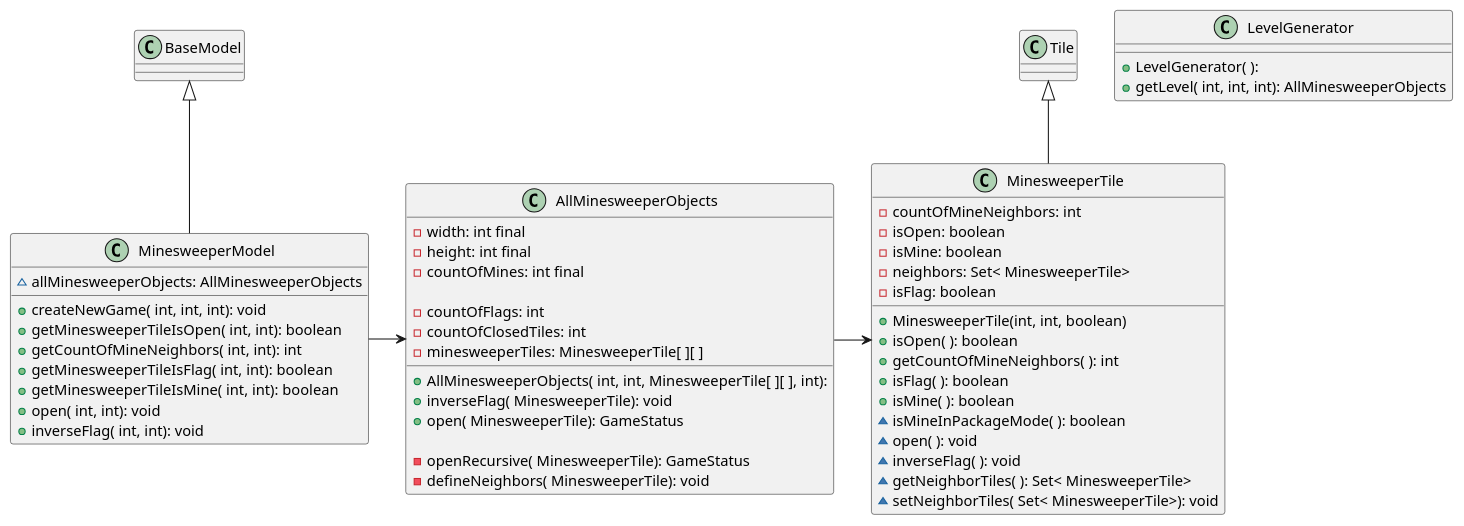
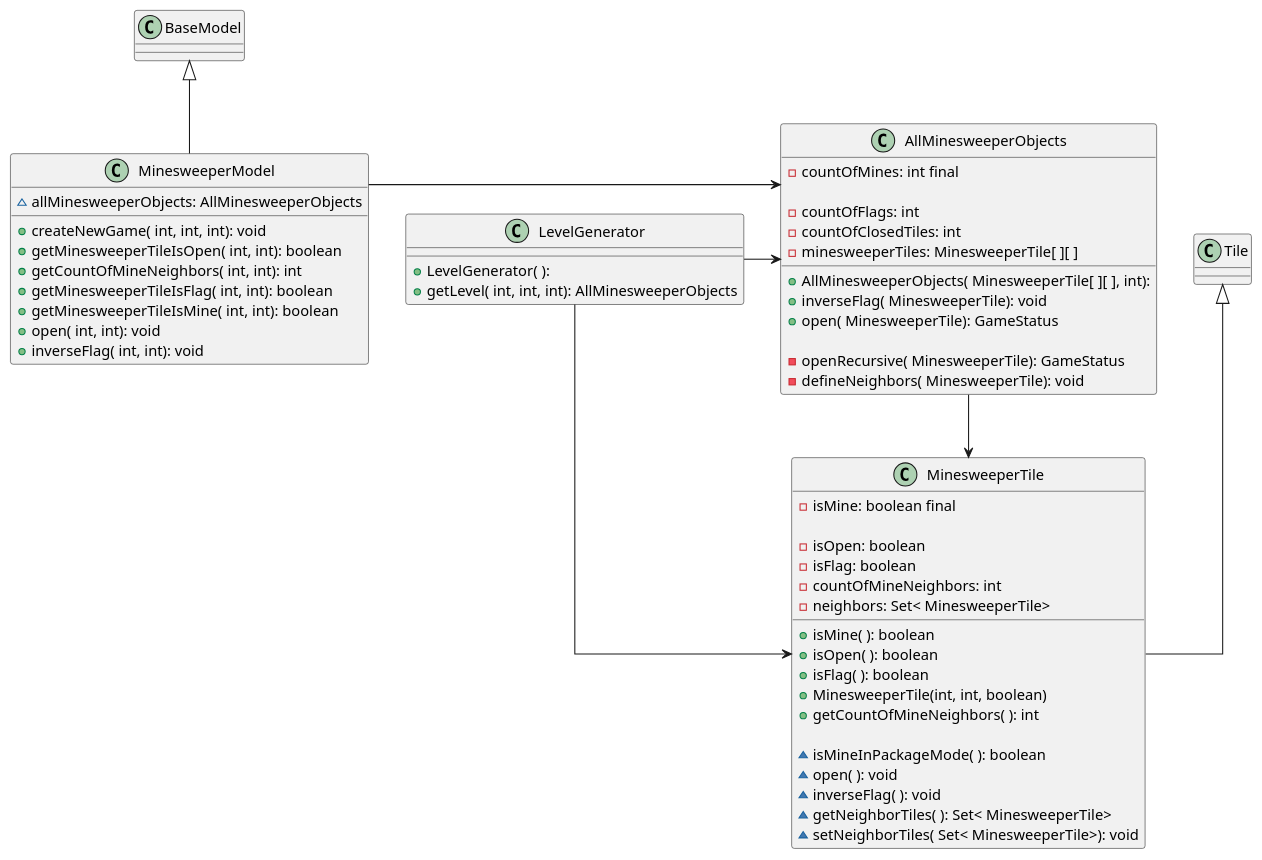
One commit to timmaxx/MultiVariantTileGames changed the diagram in MinesweeperModel/MinesweeperModel.puml. Above: the diagram before and after it, drawn with PlantUML. The commit also changed 1 other file, not shown here.

Commit message:
refactor timmax.minesweeper.model and *

```diff
--- a/MinesweeperModel/MinesweeperModel.puml
+++ b/MinesweeperModel/MinesweeperModel.puml
@@ -1,65 +1,66 @@
 @startuml
 'https://plantuml.com/class-diagram
 
 '!theme plain
 top to bottom direction
 skinparam linetype ortho
 
 class MinesweeperTile extends Tile {
+  - isMine: boolean final
+
+  - isOpen: boolean
+  - isFlag: boolean
+  - countOfMineNeighbors: int
+  - neighbors: Set< MinesweeperTile>
+
+  + isMine( ): boolean
+  + isOpen( ): boolean
+  + isFlag( ): boolean
   + MinesweeperTile(int, int, boolean)
-  + isOpen( ): boolean
   + getCountOfMineNeighbors( ): int
-  + isFlag( ): boolean
-  + isMine( ): boolean
-
-  - countOfMineNeighbors: int
-  - isOpen: boolean
-  - isMine: boolean
-  - neighbors: Set< MinesweeperTile>
-  - isFlag: boolean
 
   ~ isMineInPackageMode( ): boolean
   ~ open( ): void
   ~ inverseFlag( ): void
   ~ getNeighborTiles( ): Set< MinesweeperTile>
   ~ setNeighborTiles( Set< MinesweeperTile>): void
 }
 
 class AllMinesweeperObjects {
-  - width: int final
-  - height: int final
   - countOfMines: int final
 
   - countOfFlags: int
   - countOfClosedTiles: int
   - minesweeperTiles: MinesweeperTile[ ][ ]
 
-  + AllMinesweeperObjects( int, int, MinesweeperTile[ ][ ], int):
+
+  + AllMinesweeperObjects( MinesweeperTile[ ][ ], int):
   + inverseFlag( MinesweeperTile): void
   + open( MinesweeperTile): GameStatus
 
   - openRecursive( MinesweeperTile): GameStatus
   - defineNeighbors( MinesweeperTile): void
 }
-AllMinesweeperObjects -> MinesweeperTile
+AllMinesweeperObjects --> MinesweeperTile
 
 class MinesweeperModel extends BaseModel {
   ~ allMinesweeperObjects: AllMinesweeperObjects
 
   + createNewGame( int, int, int): void
   + getMinesweeperTileIsOpen( int, int): boolean
   + getCountOfMineNeighbors( int, int): int
   + getMinesweeperTileIsFlag( int, int): boolean
   + getMinesweeperTileIsMine( int, int): boolean
   + open( int, int): void
   + inverseFlag( int, int): void
 }
 MinesweeperModel -> AllMinesweeperObjects
 
 class LevelGenerator {
   + LevelGenerator( ):
   + getLevel( int, int, int): AllMinesweeperObjects
 }
-
+LevelGenerator -> AllMinesweeperObjects
+LevelGenerator -> MinesweeperTile
 
 @enduml
```
